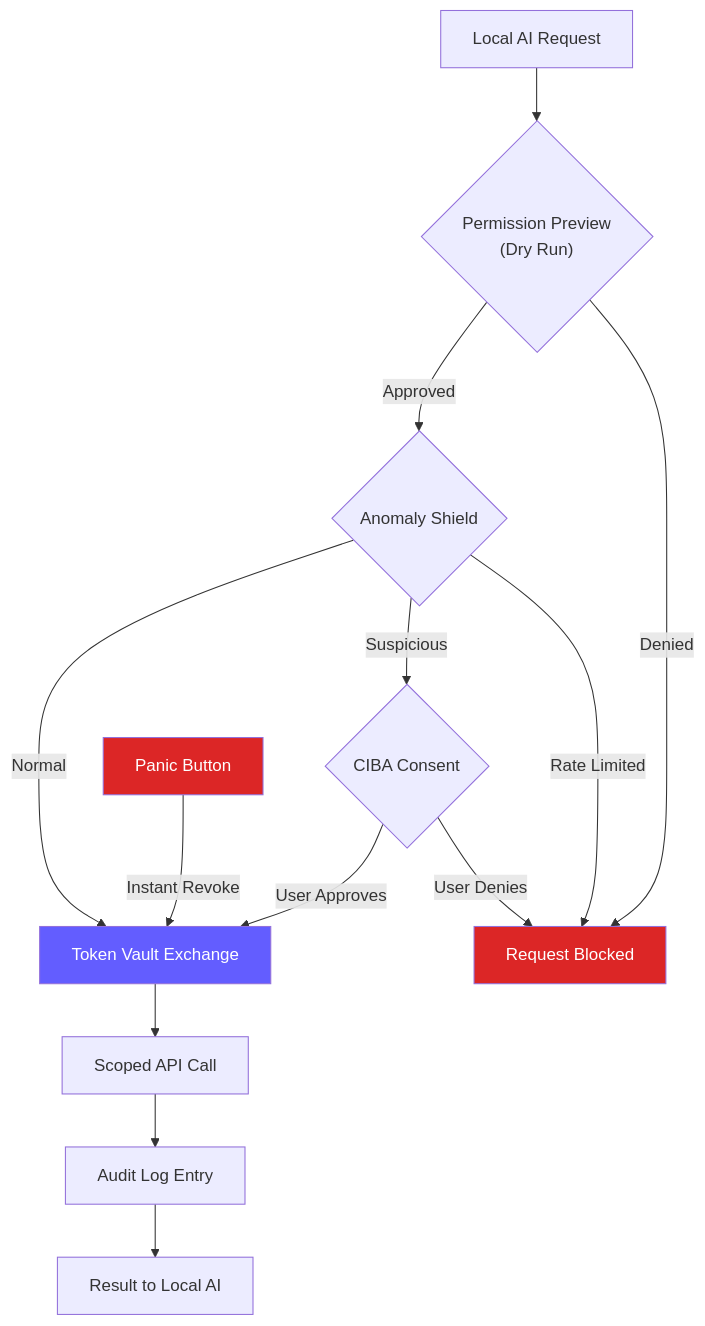
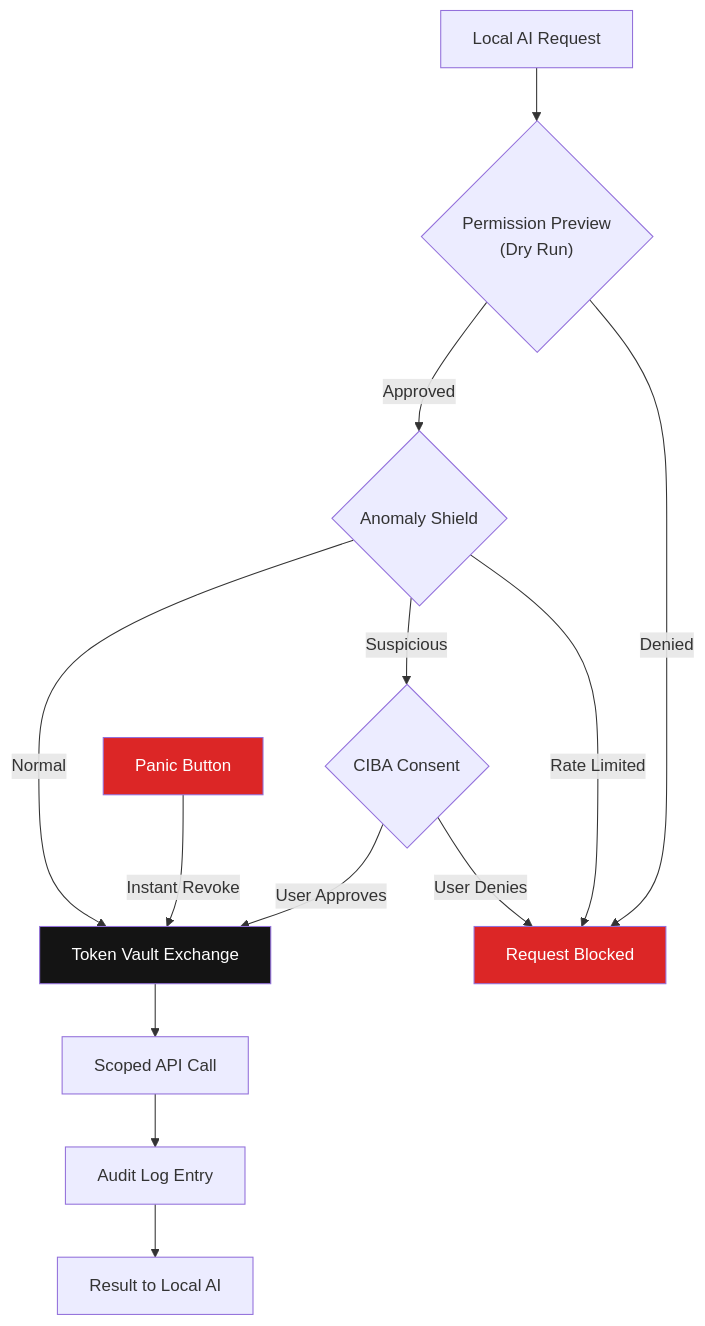
The second of 2 diagrams in README.md (ashutosh887/ClawGuard), drawn with Mermaid before and after one commit. The commit also changed other lines of this file, not shown here.

````diff
--- a/README.md
+++ b/README.md
@@ -124,20 +124,20 @@
 ```mermaid
 graph TD
     A["Local AI Request"] --> B{"Permission Preview<br/>(Dry Run)"}
     B -->|"Approved"| C{"Anomaly Shield"}
     B -->|"Denied"| X["Request Blocked"]
     C -->|"Normal"| D["Token Vault Exchange"]
     C -->|"Suspicious"| E{"CIBA Consent"}
     C -->|"Rate Limited"| X
     E -->|"User Approves"| D
     E -->|"User Denies"| X
     D --> F["Scoped API Call"]
     F --> G["Audit Log Entry"]
     G --> H["Result to Local AI"]
 
     PB["Panic Button"] -->|"Instant Revoke"| D
 
     style X fill:#dc2626,color:#fff
-    style D fill:#635DFF,color:#fff
+    style D fill:#141414,color:#fff
     style PB fill:#dc2626,color:#fff
 ```
````
